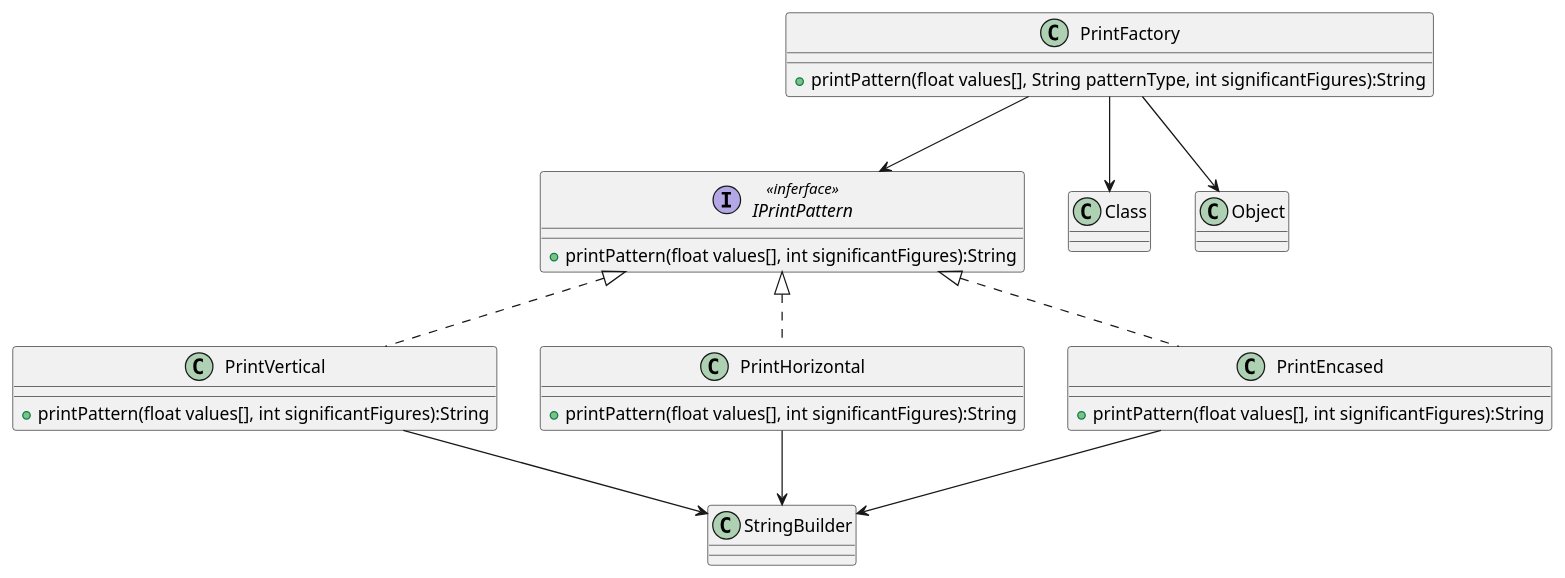
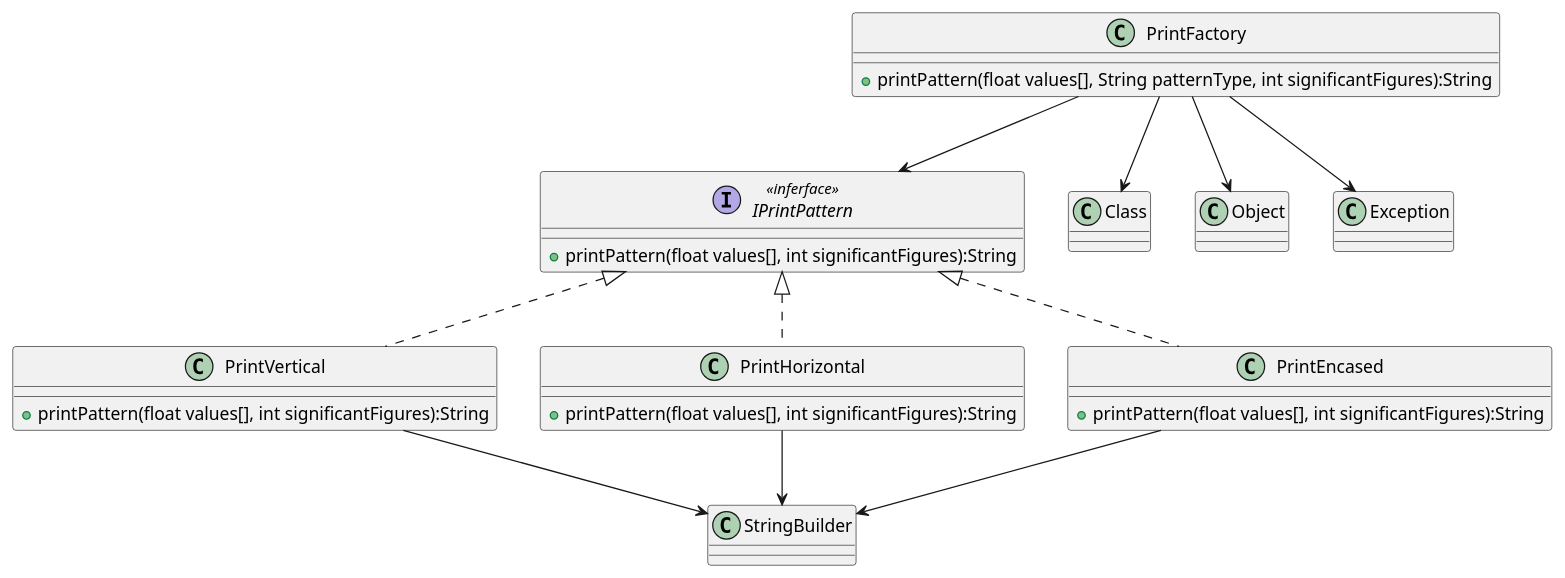
The diagram in class.puml (B4Hive/FactoryMethod-DCC078-2026-3-A), drawn with PlantUML before and after one commit. The commit also changed 1 other file, not shown here.

Commit message:
fix: Update class diagram to include Exception in PrintFactory relationships

```diff
--- a/class.puml
+++ b/class.puml
@@ -1,33 +1,34 @@
 @startuml classDiagram
 
 interface IPrintPattern <<inferface>> {
     +printPattern(float values[], int significantFigures):String
 }
 
 class PrintFactory {
     +printPattern(float values[], String patternType, int significantFigures):String
 }
 
 PrintFactory --> IPrintPattern
 PrintFactory --> Class
 PrintFactory --> Object
+PrintFactory --> Exception
 
 class PrintVertical implements IPrintPattern {
     +printPattern(float values[], int significantFigures):String
 }
 
 PrintVertical --> StringBuilder
 
 class PrintHorizontal implements IPrintPattern {
     +printPattern(float values[], int significantFigures):String
 }
 
 PrintHorizontal --> StringBuilder
 
 class PrintEncased implements IPrintPattern {
     +printPattern(float values[], int significantFigures):String
 }
 
 PrintEncased --> StringBuilder
 
 @enduml
```
